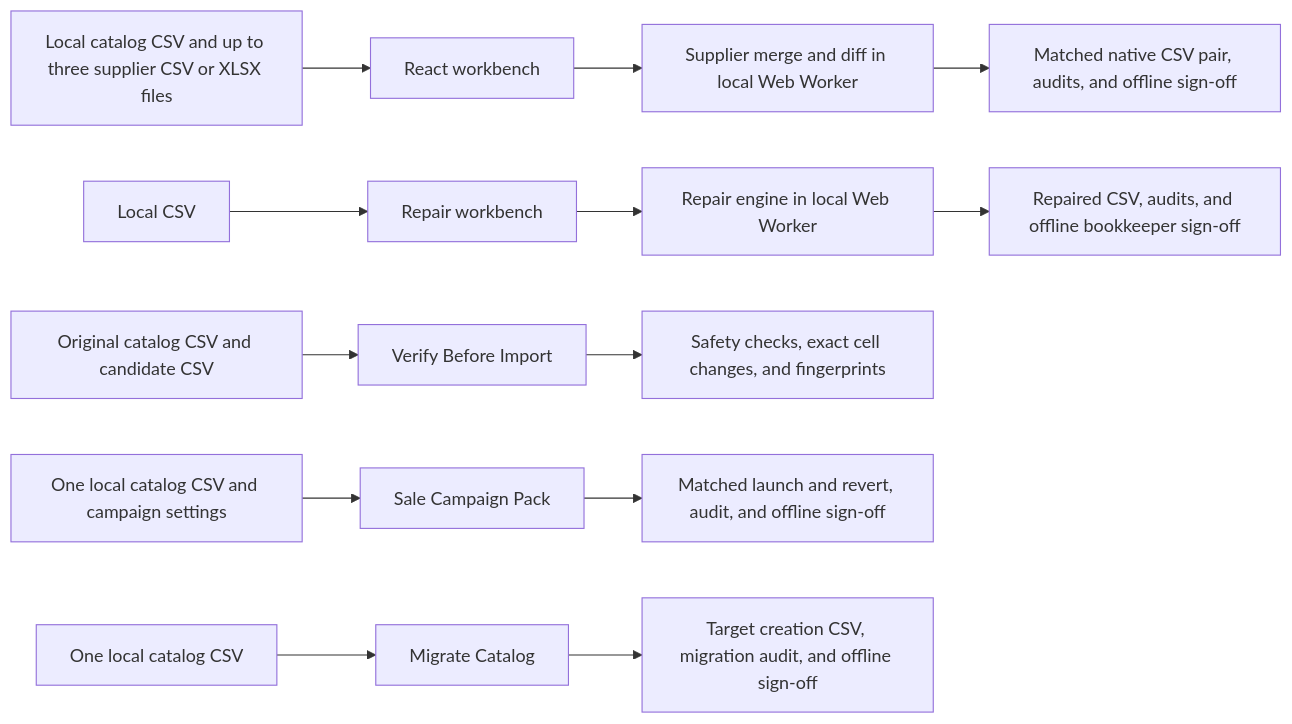
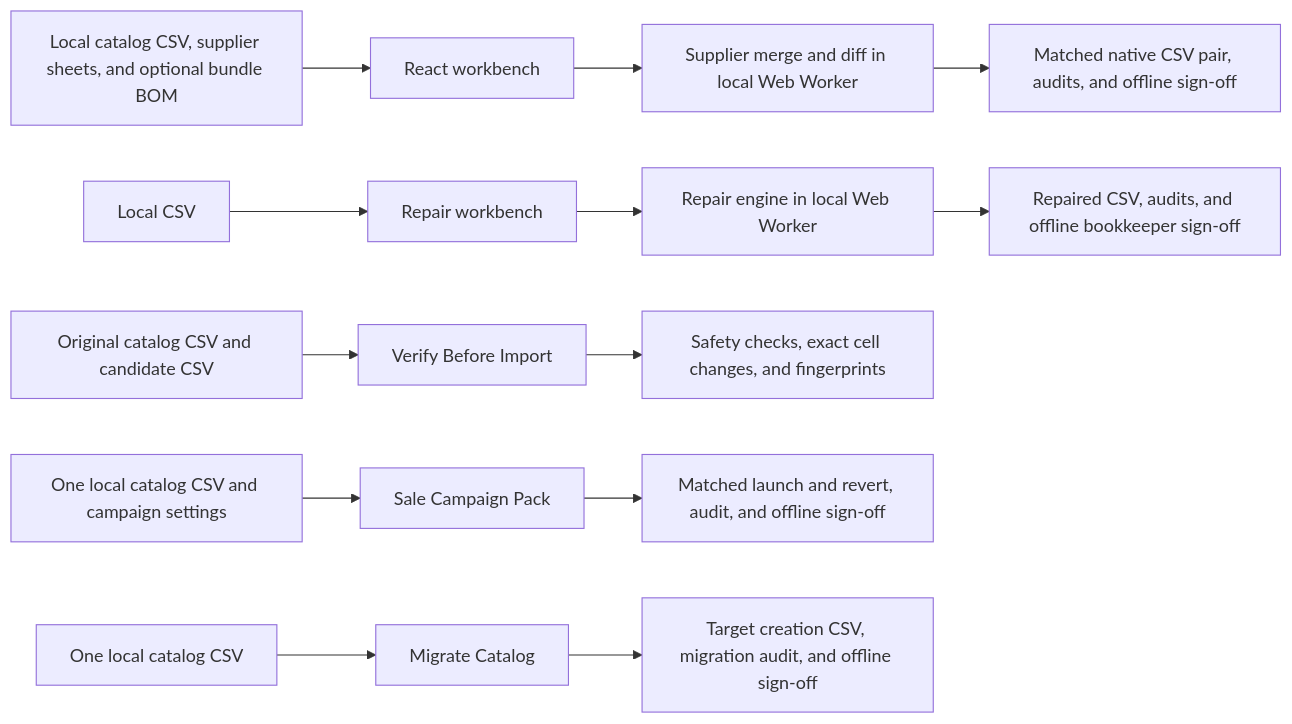
One commit to otiapois/import-medic changed the diagram in README.md. Above: the diagram before and after it, drawn with Mermaid. The commit also changed other lines of this file and 41 other files, not shown here.

````diff
--- a/README.md
+++ b/README.md
@@ -171,15 +182,15 @@
 ```mermaid
 flowchart LR
-  A[Local catalog CSV and up to three supplier CSV or XLSX files] --> B[React workbench]
+  A[Local catalog CSV, supplier sheets, and optional bundle BOM] --> B[React workbench]
   B --> C[Supplier merge and diff in local Web Worker]
   C --> D[Matched native CSV pair, audits, and offline sign-off]
   E[Local CSV] --> F[Repair workbench]
   F --> G[Repair engine in local Web Worker]
   G --> H[Repaired CSV, audits, and offline bookkeeper sign-off]
   I[Original catalog CSV and candidate CSV] --> J[Verify Before Import]
   J --> K[Safety checks, exact cell changes, and fingerprints]
   L[One local catalog CSV and campaign settings] --> M[Sale Campaign Pack]
   M --> N[Matched launch and revert, audit, and offline sign-off]
   O[One local catalog CSV] --> P[Migrate Catalog]
   P --> Q[Target creation CSV, migration audit, and offline sign-off]
 ```
````
